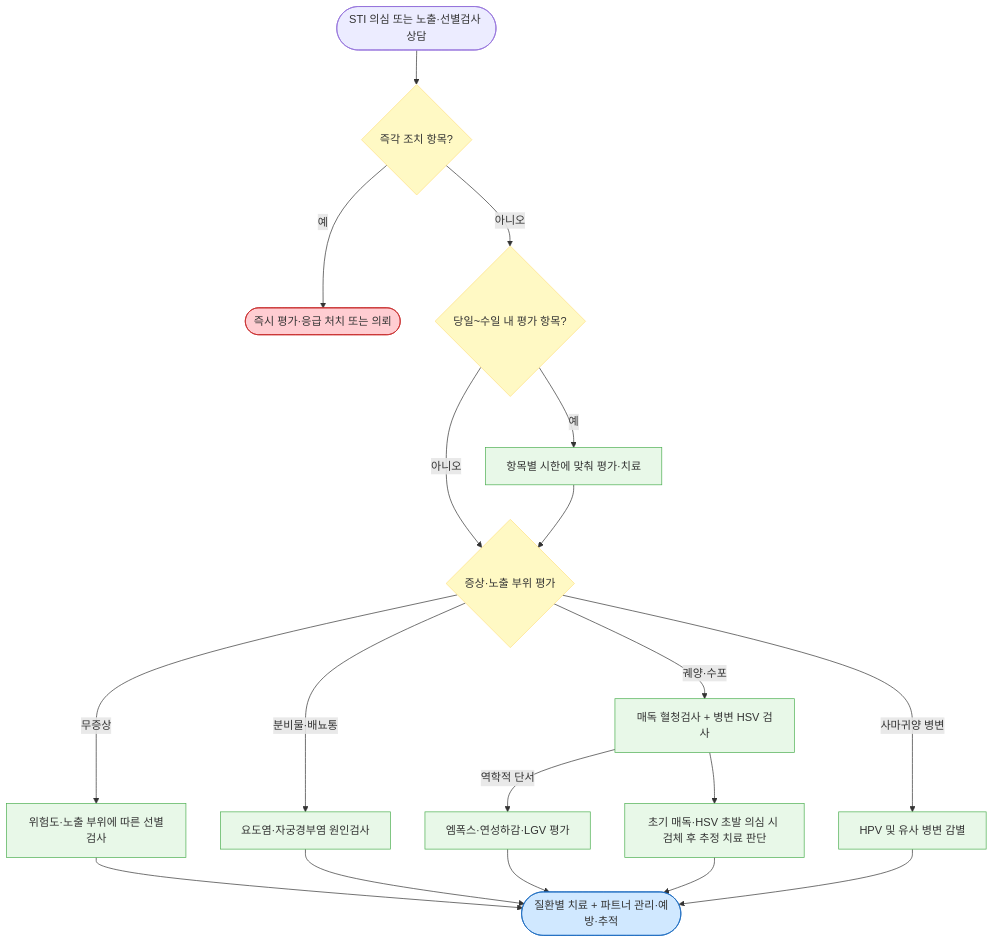
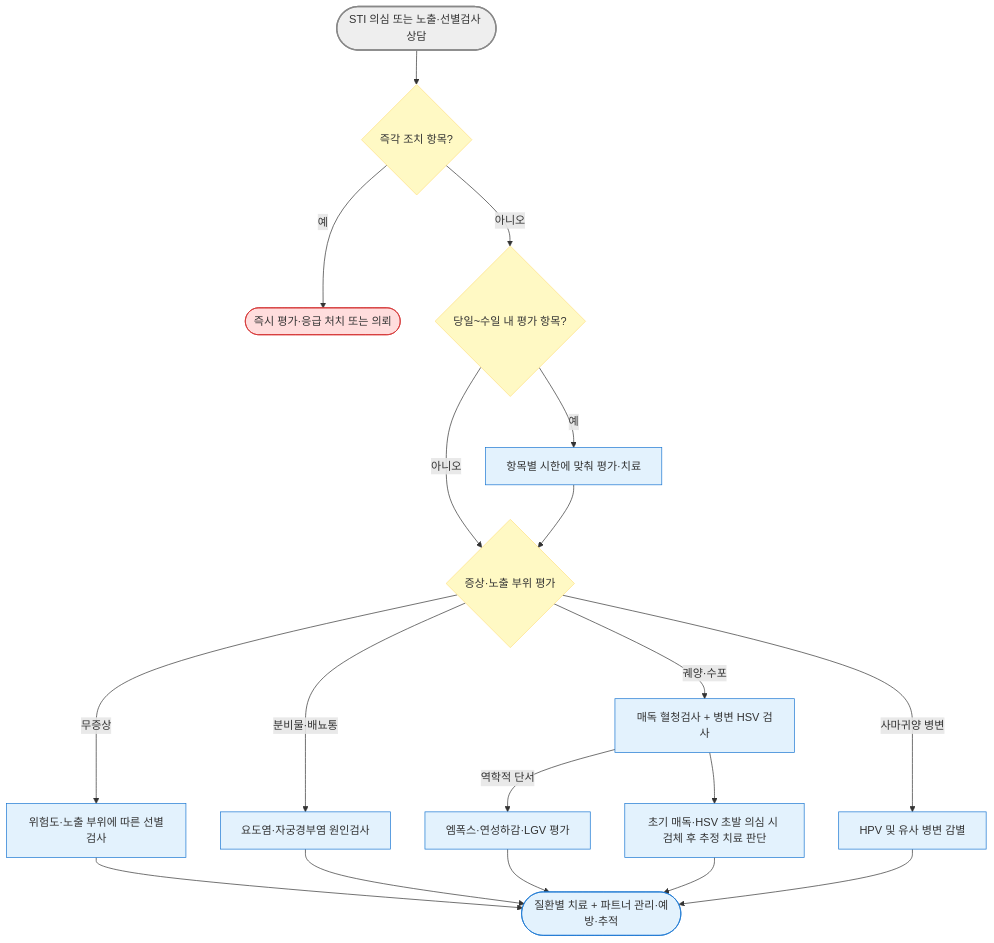
One commit to familyoh77/familyoh77 changed the diagram in 227_/115_-1.STI.md. Above: the diagram before and after it, drawn with Mermaid. The commit also changed other lines of this file and 10 other files, not shown here.

````diff
--- a/227_/115_-1.STI.md
+++ b/227_/115_-1.STI.md
@@ -131,28 +131,29 @@
 ```mermaid
 flowchart TD
     A(["STI 의심 또는 노출·선별검사 상담"]) --> B{"즉각 조치 항목?"}
-    B -- 예 --> C(["즉시 평가·응급 처치 또는 의뢰"])
-    B -- 아니오 --> J{"당일~수일 내 평가 항목?"}
-    J -- 예 --> K["항목별 시한에 맞춰 평가·치료"]
-    J -- 아니오 --> D{"증상·노출 부위 평가"}
+    B -- "예" --> C(["즉시 평가·응급 처치 또는 의뢰"])
+    B -- "아니오" --> J{"당일~수일 내 평가 항목?"}
+    J -- "예" --> K["항목별 시한에 맞춰 평가·치료"]
+    J -- "아니오" --> D{"증상·노출 부위 평가"}
     K --> D
-    D -- 무증상 --> E["위험도·노출 부위에 따른 선별검사"]
-    D -- 분비물·배뇨통 --> F["요도염·자궁경부염 원인검사"]
-    D -- 궤양·수포 --> G["매독 혈청검사 + 병변 HSV 검사"]
+    D -- "무증상" --> E["위험도·노출 부위에 따른 선별검사"]
+    D -- "분비물·배뇨통" --> F["요도염·자궁경부염 원인검사"]
+    D -- "궤양·수포" --> G["매독 혈청검사 + 병변 HSV 검사"]
     G --> G2["초기 매독·HSV 초발 의심 시 검체 후 추정 치료 판단"]
-    G -- 역학적 단서 --> G1["엠폭스·연성하감·LGV 평가"]
-    D -- 사마귀양 병변 --> H["HPV 및 유사 병변 감별"]
+    G -- "역학적 단서" --> G1["엠폭스·연성하감·LGV 평가"]
+    D -- "사마귀양 병변" --> H["HPV 및 유사 병변 감별"]
     E --> I(["질환별 치료 + 파트너 관리·예방·추적"])
     F --> I
     G1 --> I
     G2 --> I
     H --> I
-    classDef urgent fill:#ffcdd2,stroke:#c62828
+    classDef urgent fill:#ffdddd,stroke:#d32f2f
     classDef caution fill:#fff9c4,stroke:#ffe082
-    classDef assess fill:#e8f8e8,stroke:#4caf50
-    classDef plan fill:#d0e8ff,stroke:#1a6abf
+    classDef assess fill:#e3f2fd,stroke:#1976d2
+    classDef plan fill:#e3f2fd,stroke:#1976d2
     class B,J,D caution
     class C urgent
     class E,F,G,G1,G2,H,K assess
     class I plan
+    style A fill:#eeeeee,stroke:#888888,stroke-width:2px
 ```
````
